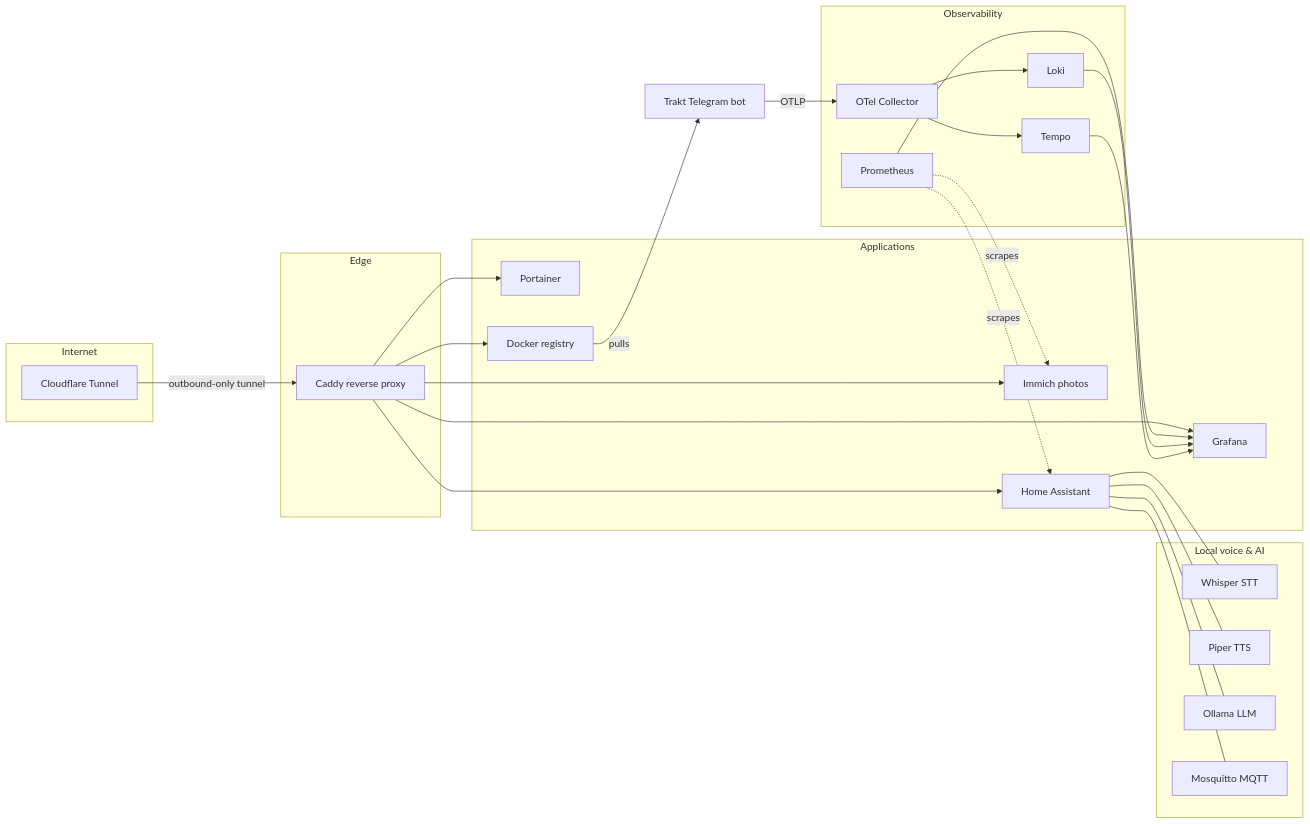
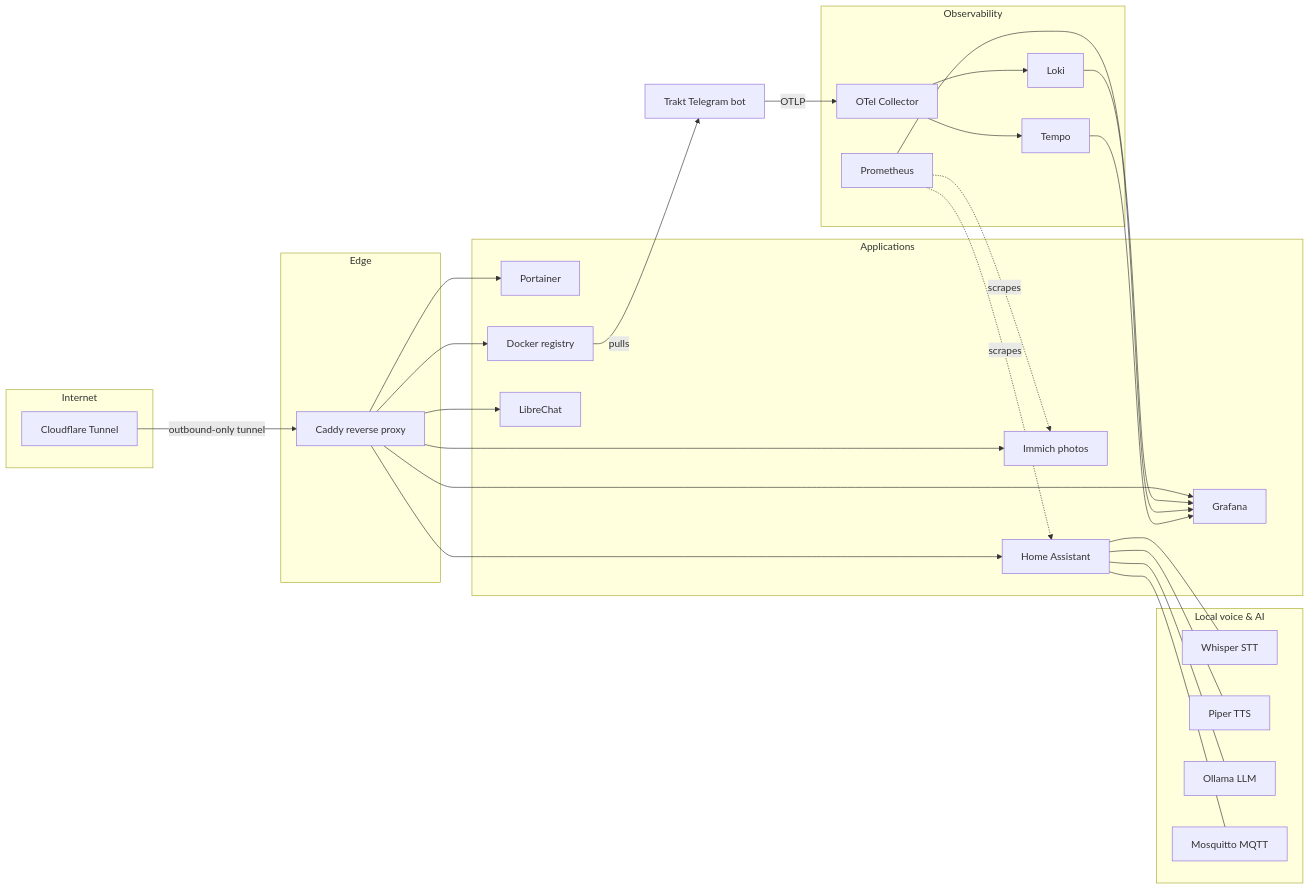
The diagram in README.md (lorainemg/homelab), drawn with Mermaid before and after one commit. The commit also changed other lines of this file, not shown here.

Commit message:
document the librechat stack

````diff
--- a/README.md
+++ b/README.md
@@ -16,55 +16,57 @@
 ```mermaid
 flowchart LR
     subgraph internet[Internet]
         CF[Cloudflare Tunnel]
     end
 
     subgraph edge[Edge]
         CADDY[Caddy reverse proxy]
     end
 
     CF -->|outbound-only tunnel| CADDY
 
     subgraph apps[Applications]
         IMMICH[Immich photos]
         HA[Home Assistant]
         GRAFANA[Grafana]
         PORTAINER[Portainer]
         REGISTRY[Docker registry]
+        LIBRECHAT[LibreChat]
     end
 
     CADDY --> IMMICH
     CADDY --> HA
     CADDY --> GRAFANA
     CADDY --> PORTAINER
     CADDY --> REGISTRY
+    CADDY --> LIBRECHAT
 
     subgraph voice[Local voice & AI]
         WHISPER[Whisper STT]
         PIPER[Piper TTS]
         OLLAMA[Ollama LLM]
         MQTT[Mosquitto MQTT]
     end
 
     HA --- WHISPER
     HA --- PIPER
     HA --- OLLAMA
     HA --- MQTT
 
     subgraph obs[Observability]
         PROM[Prometheus]
         LOKI[Loki]
         TEMPO[Tempo]
         OTEL[OTel Collector]
     end
 
     BOT[Trakt Telegram bot] -->|OTLP| OTEL
     OTEL --> TEMPO
     OTEL --> LOKI
     PROM --> GRAFANA
     LOKI --> GRAFANA
     TEMPO --> GRAFANA
     PROM -.scrapes.-> HA
     PROM -.scrapes.-> IMMICH
     REGISTRY -->|pulls| BOT
 ```
````
